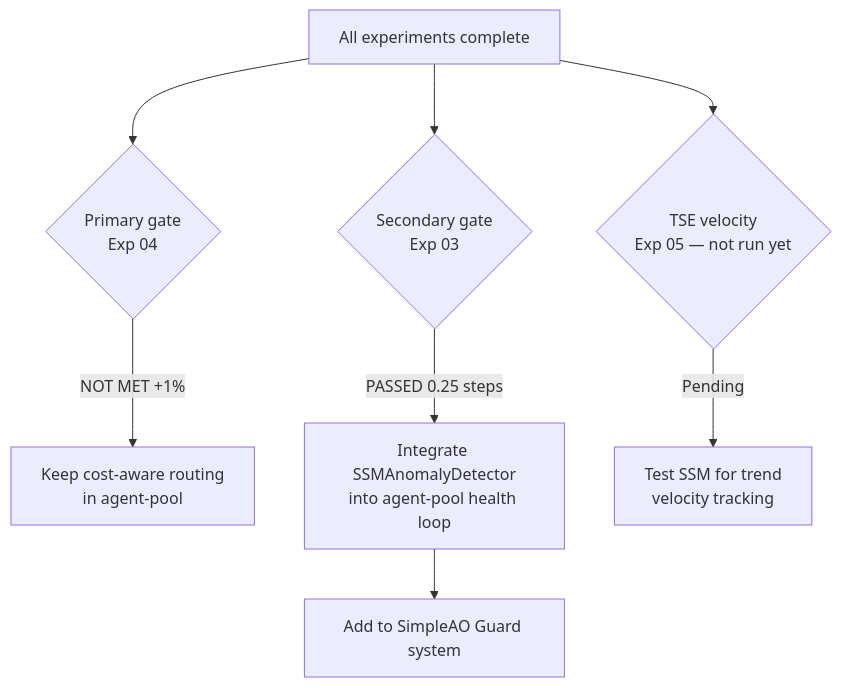
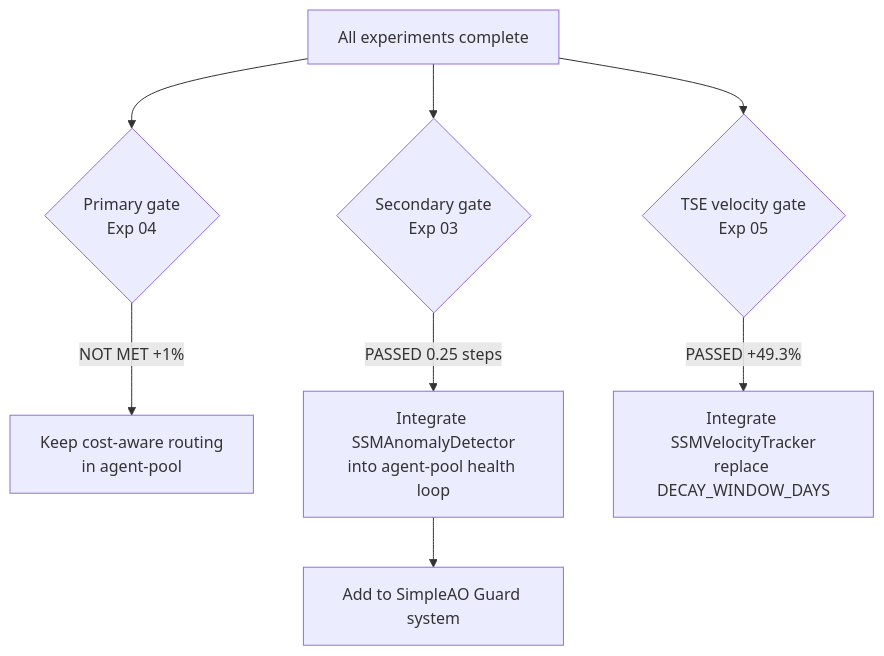
One commit to tarazum/mamba-playground changed the fifth of 5 diagrams in docs/experiment_results_analysis.md. Above: the diagram before and after it, drawn with Mermaid. The commit also changed other lines of this file and 5 other files, not shown here.

````diff
--- a/docs/experiment_results_analysis.md
+++ b/docs/experiment_results_analysis.md
@@ -167,10 +203,10 @@
 ```mermaid
 flowchart TD
     A[All experiments complete] --> B{Primary gate\nExp 04}
     B -->|NOT MET +1%| C[Keep cost-aware routing\nin agent-pool]
     A --> D{Secondary gate\nExp 03}
     D -->|PASSED 0.25 steps| E[Integrate SSMAnomalyDetector\ninto agent-pool health loop]
     E --> F[Add to SimpleAO Guard system]
-    A --> G{TSE velocity\nExp 05 — not run yet}
-    G -->|Pending| H[Test SSM for trend\nvelocity tracking]
+    A --> G{TSE velocity gate\nExp 05}
+    G -->|PASSED +49.3%| H[Integrate SSMVelocityTracker\nreplace DECAY_WINDOW_DAYS]
 ```
````
